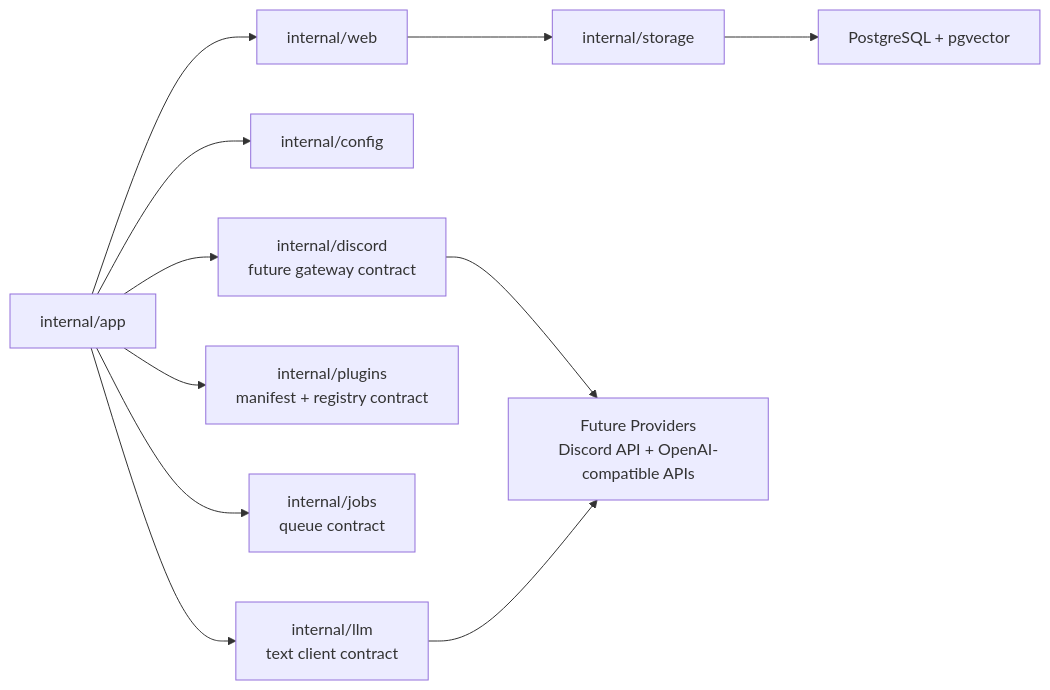
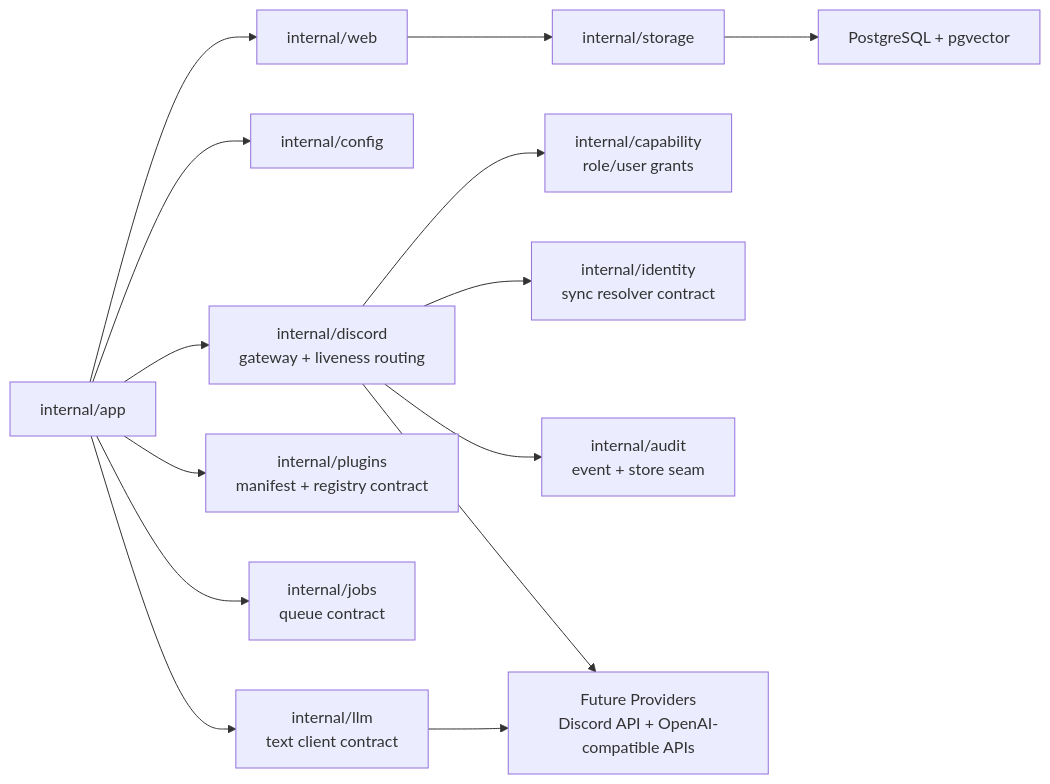
The diagram in docs/diagrams/service-adapters.md (gOps132/GigiDC), drawn with Mermaid before and after one commit. The commit also changed other lines of this file and 5 other files, not shown here.

````diff
--- a/docs/diagrams/service-adapters.md
+++ b/docs/diagrams/service-adapters.md
@@ -10,24 +10,30 @@
 ```mermaid
 flowchart LR
   App["internal/app"]
   Web["internal/web"]
   Config["internal/config"]
   Storage["internal/storage"]
-  Discord["internal/discord<br/>future gateway contract"]
+  Discord["internal/discord<br/>gateway + liveness routing"]
+  Capability["internal/capability<br/>role/user grants"]
+  Identity["internal/identity<br/>sync resolver contract"]
+  Audit["internal/audit<br/>event + store seam"]
   Plugins["internal/plugins<br/>manifest + registry contract"]
   Jobs["internal/jobs<br/>queue contract"]
   LLM["internal/llm<br/>text client contract"]
   DB["PostgreSQL + pgvector"]
   Providers["Future Providers<br/>Discord API + OpenAI-compatible APIs"]
 
   App --> Web
   App --> Config
   Web --> Storage
   Storage --> DB
   App --> Discord
+  Discord --> Identity
+  Discord --> Capability
+  Discord --> Audit
   App --> Plugins
   App --> Jobs
   App --> LLM
   Discord --> Providers
   LLM --> Providers
 ```
````
